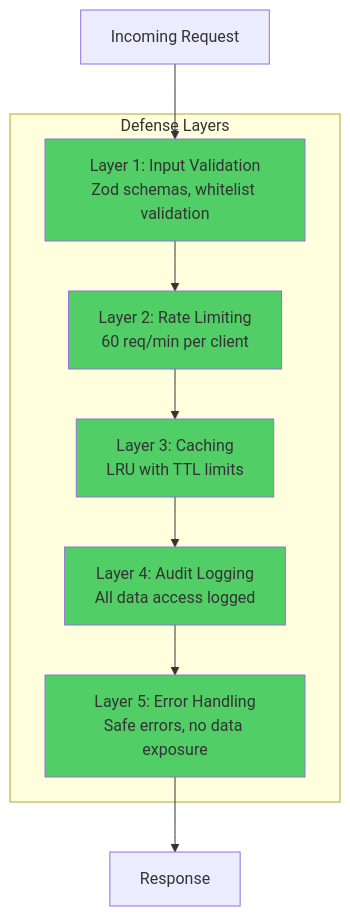
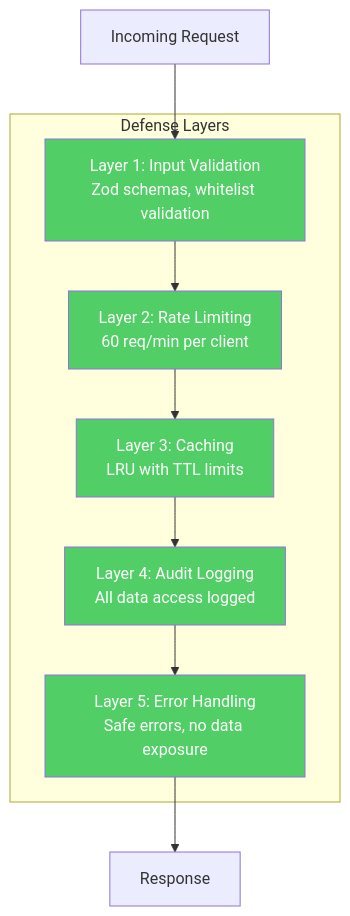
One commit to Hack23/European-Parliament-MCP-Server changed the third of 5 diagrams in docs/api-markdown/_media/skills/architecture-documentation/SKILL.md. Above: the diagram before and after it, drawn with Mermaid. The commit also changed other lines of this file and 28 other files, not shown here.

First line of the commit message:
fix: correct 5 broken mermaid diagrams and add explicit text colors for dark/light mode

````diff
--- a/docs/api-markdown/_media/skills/architecture-documentation/SKILL.md
+++ b/docs/api-markdown/_media/skills/architecture-documentation/SKILL.md
@@ -285,23 +305,28 @@
 ```mermaid
 graph TB
     subgraph "Defense Layers"
         L1[Layer 1: Input Validation<br/>Zod schemas, whitelist validation]
         L2[Layer 2: Rate Limiting<br/>60 req/min per client]
         L3[Layer 3: Caching<br/>LRU with TTL limits]
         L4[Layer 4: Audit Logging<br/>All data access logged]
         L5[Layer 5: Error Handling<br/>Safe errors, no data exposure]
     end
     
     Request[Incoming Request] --> L1
     L1 --> L2
     L2 --> L3
     L3 --> L4
     L4 --> L5
     L5 --> Response[Response]
     
-    style L1 fill:#51cf66
-    style L2 fill:#51cf66
-    style L3 fill:#51cf66
-    style L4 fill:#51cf66
-    style L5 fill:#51cf66
+    style L1 fill:#51cf66,color:#ffffff
+
+    style L2 fill:#51cf66,color:#ffffff
+
+    style L3 fill:#51cf66,color:#ffffff
+
+    style L4 fill:#51cf66,color:#ffffff
+
+    style L5 fill:#51cf66,color:#ffffff
+
 ```
````
